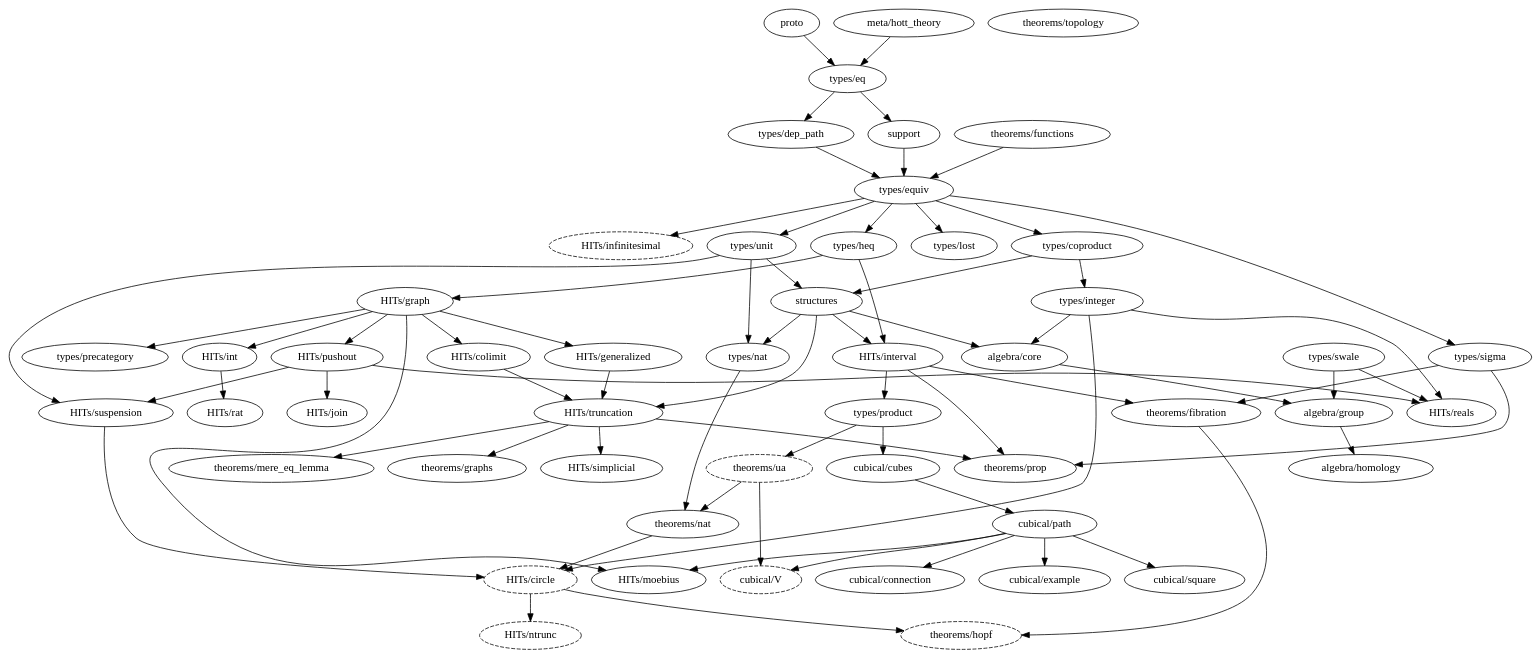
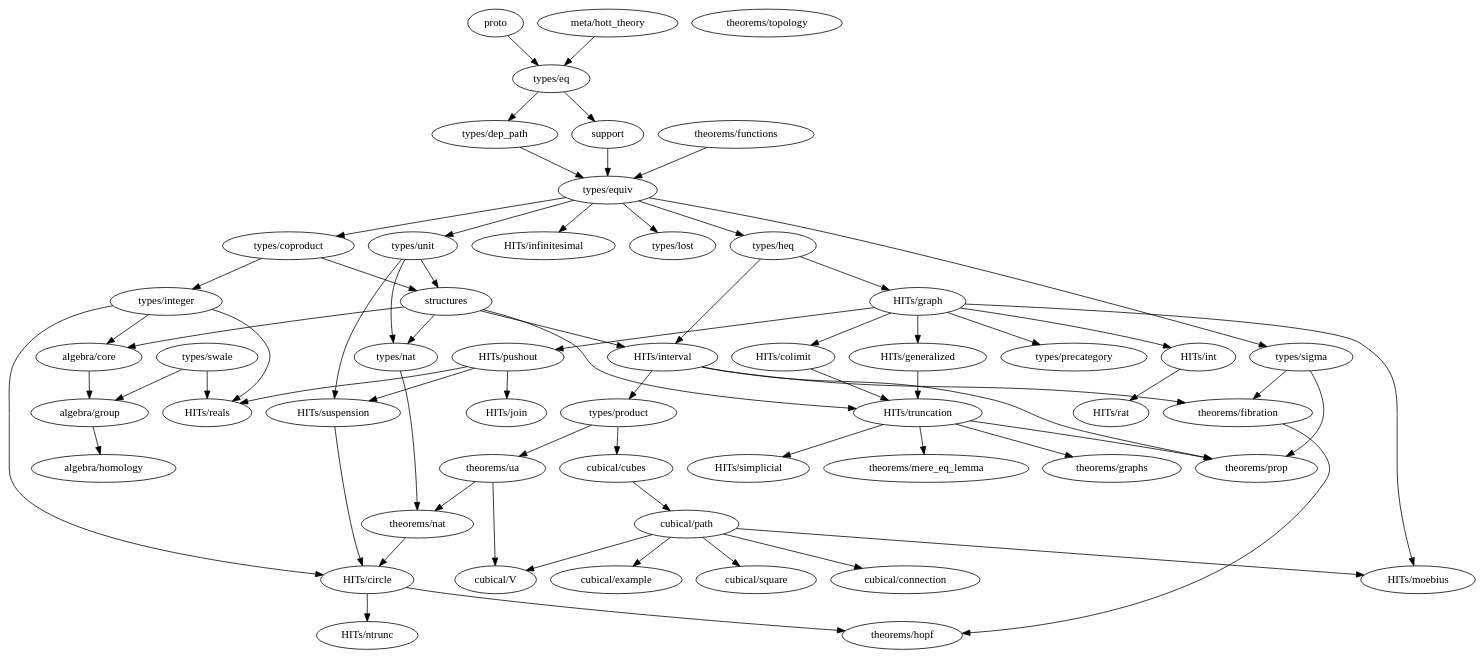
One commit to forked-from-1kasper/ground_zero changed the diagram in dependency_map.gv. Above: the diagram before and after it, drawn with Graphviz. The commit also changed 1 other file, not shown here.

Commit message:
remove univalence marker

```diff
--- a/dependency_map.gv
+++ b/dependency_map.gv
@@ -1,118 +1,108 @@
 digraph dependency_map {
   proto -> "types/eq"
   "meta/hott_theory" -> "types/eq"
   support -> "types/equiv"
   structures -> {
     "HITs/interval",
     "HITs/truncation",
     "algebra/core",
     "types/nat"
-  }
-
-  subgraph univalence {
-    node [style=dashed]
-    "HITs/circle"
-    "HITs/infinitesimal"
-    "HITs/ntrunc"
-    "theorems/ua"
-    "cubical/V"
-    "theorems/hopf"
   }
 
   subgraph algebra {
     "algebra/core" -> "algebra/group"
     "algebra/group" -> "algebra/homology"
     "algebra/homology"
   }
 
   subgraph types {
     "types/coproduct" -> { "types/integer", structures }
     "types/dep_path" -> "types/equiv"
     "types/eq" -> { "types/dep_path", support }
     "types/equiv" -> {
       "types/heq",
       "HITs/infinitesimal",
       "types/coproduct",
       "types/lost",
       "types/unit",
       "types/sigma"
     }
     "types/heq" -> {
       "HITs/interval",
       "HITs/graph"
     }
     "types/integer" -> { "HITs/circle", "HITs/reals", "algebra/core" }
     "types/lost"
     "types/nat" -> { "theorems/nat" }
     "types/product" -> { "cubical/cubes", "theorems/ua" }
     "types/sigma" -> { "theorems/fibration", "theorems/prop" }
     "types/swale" -> { "HITs/reals", "algebra/group" }
     "types/unit" -> { structures, "HITs/suspension", "types/nat" }
   }
 
   subgraph HITs {
     "HITs/circle" -> { "HITs/ntrunc", "theorems/hopf" }
     "HITs/colimit" -> "HITs/truncation"
     "HITs/generalized" -> "HITs/truncation"
     "HITs/graph" -> {
       "HITs/colimit",
       "HITs/generalized",
       "HITs/int",
       "HITs/pushout",
       "HITs/moebius",
       "types/precategory"
     }
     "HITs/infinitesimal"
     "HITs/int" -> "HITs/rat"
     "HITs/interval" -> {
       "types/product",
       "theorems/prop",
       "theorems/fibration"
     }
     "HITs/join"
     "HITs/moebius"
     "HITs/ntrunc"
     "HITs/pushout" -> {
       "HITs/join",
       "HITs/reals",
       "HITs/suspension"
     }
     "HITs/rat"
     "HITs/reals"
     "HITs/simplicial"
     "HITs/suspension" -> "HITs/circle"
     "HITs/truncation" -> {
       "theorems/mere_eq_lemma",
       "theorems/prop",
       "theorems/graphs",
       "HITs/simplicial"
     }
   }
 
   subgraph cubical {
     "cubical/connection"
     "cubical/cubes" -> "cubical/path"
     "cubical/example"
     "cubical/path" -> {
       "cubical/square",
       "cubical/example",
       "cubical/V",
       "cubical/connection",
       "HITs/moebius"
     }
     "cubical/square"
     "cubical/V"
   }
 
   subgraph theorems {
     "theorems/fibration" -> { "theorems/hopf" }
     "theorems/functions" -> { "types/equiv" }
     "theorems/graphs"
     "theorems/hopf"
     "theorems/mere_eq_lemma"
     "theorems/nat" -> { "HITs/circle" }
     "theorems/prop"
     "theorems/topology"
     "theorems/ua" -> { "theorems/nat", "cubical/V" }
   }
 }
```
